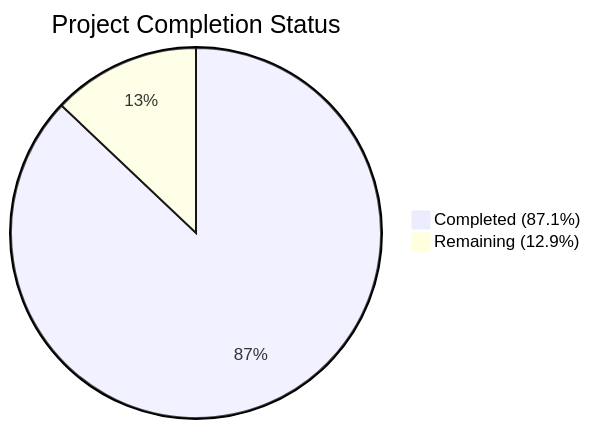
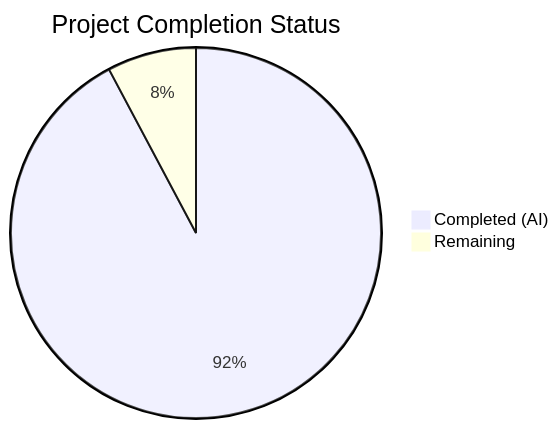
The first of 2 diagrams in blitzy/documentation/Project Guide.md (gophc/blitzy-c-compiler), drawn with Mermaid before and after one commit. The commit also changed other lines of this file, not shown here.

Commit message:
Adding Blitzy Project Guide: Project Status and Human Tasks Remaining

````diff
--- a/blitzy/documentation/Project Guide.md
+++ b/blitzy/documentation/Project Guide.md
@@ -13,5 +17,5 @@
 ```mermaid
 pie title Project Completion Status
-    "Completed (87.1%)" : 620
-    "Remaining (12.9%)" : 92
+    "Completed (AI)" : 664
+    "Remaining" : 56
 ```
````
